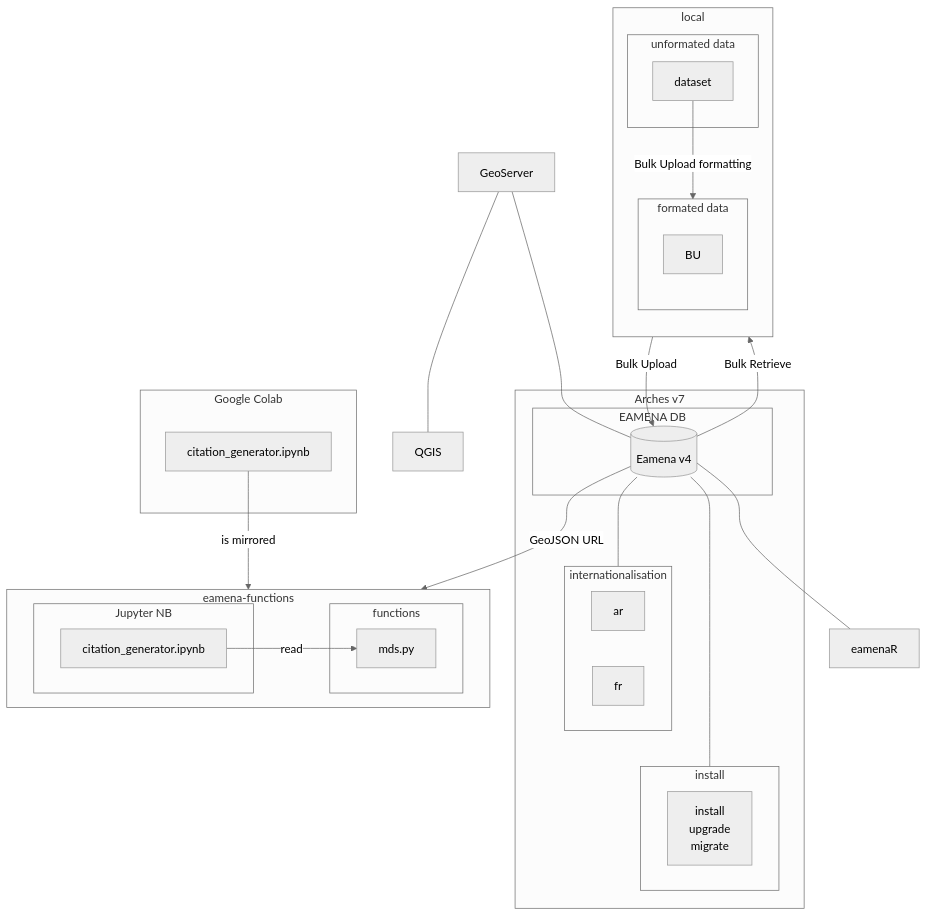
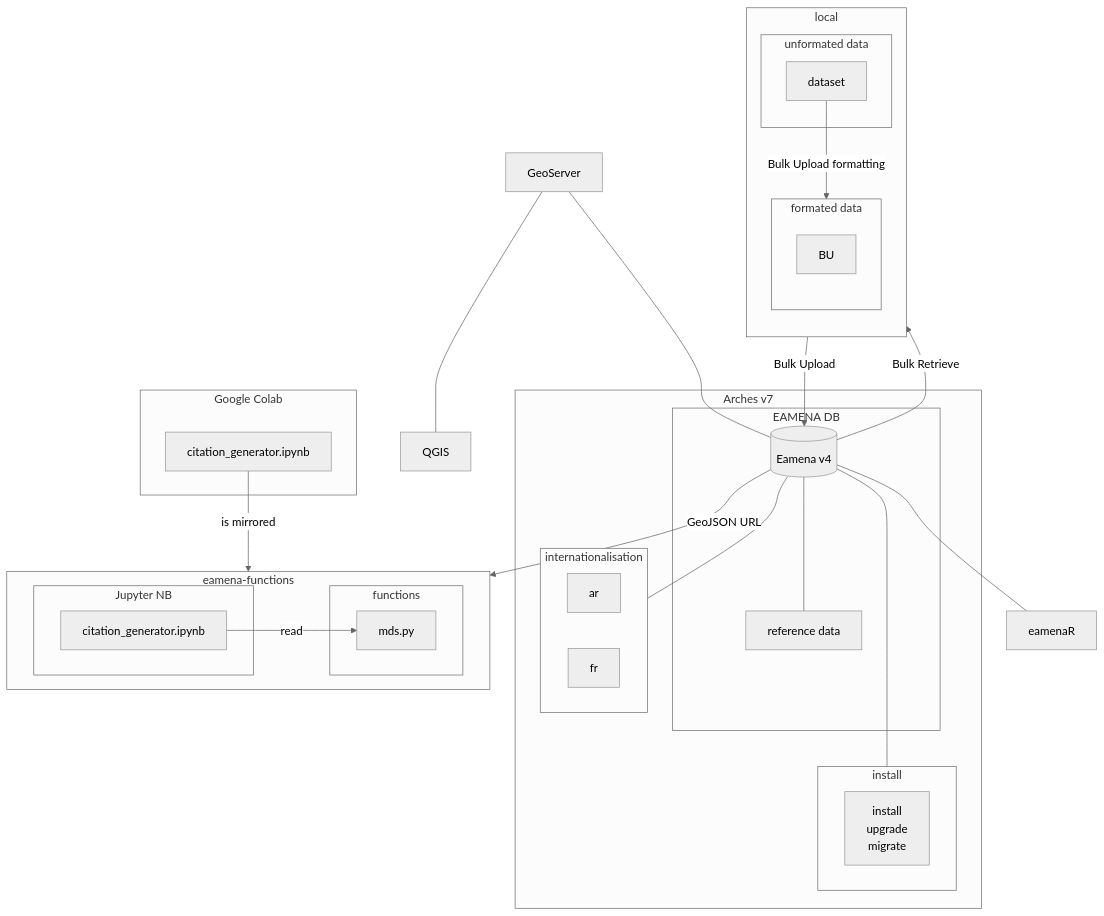
One commit to eamena-project/eamena-arches-dev changed the diagram in dbs/database.eamena/README.md. Above: the diagram before and after it, drawn with Mermaid (neutral theme).

````diff
--- a/dbs/database.eamena/README.md
+++ b/dbs/database.eamena/README.md
@@ -9,56 +9,58 @@
 ```mermaid
 flowchart
   subgraph Arches v7
     subgraph EAMENA DB
       ea[(Eamena v4)];
+      idr1[reference data];
+      ea --- idr1;
     end
     subgraph internationalisation
       id6[ar];
       id7[fr];
     end 
     subgraph install
       id8[install<br>upgrade<br>migrate];
     end 
   end
   id3[GeoServer] --- ea;
   id3 --- id4[QGIS];
   subgraph local
     direction TB
     subgraph unformated data
       id9A[dataset]
     end
     subgraph formated data
       direction TB
       id9A -- Bulk Upload formatting --> id9B[BU];
       id9B -- Bulk Upload --> ea;
       ea -- Bulk Retrieve --> id9B;
     end
   end
   subgraph eamena-functions
     direction LR
     subgraph functions
       idf1[mds.py]
     end
     subgraph Jupyter NB
       idf2[citation_generator.ipynb] -- read --> idf1
     end
   end
   subgraph Google Colab
     idg1[citation_generator.ipynb] -- is mirrored --> idf2
   end
   ea -- GeoJSON URL --> idf1
   ea --- id5[eamenaR];
   ea --- internationalisation
   ea <--- install
 
   click id6 "https://github.com/eamena-project/eamena-arches-dev/tree/main/dbs/database.eamena/internationalisation" _blank
   click id7 "https://github.com/eamena-project/eamena-arches-dev/tree/main/dbs/database.eamena/internationalisation" _blank
   click id8 "https://github.com/eamena-project/eamena-arches-dev/tree/main/dbs/database.eamena/install" _blank
   click id3 "https://github.com/eamena-project/eamena-arches-dev/tree/main/geoserver" _blank
   click id4 "https://github.com/eamena-project/eamena-arches-dev/tree/main/gis/qgis" _blank
   click idf1 "https://github.com/eamena-project/eamena-functions/blob/main/mds/mds.py" _blank
   click idf2 "https://github.com/eamena-project/eamena-arches-dev/blob/main/dev/citations/citation_generator.ipynb" _blank
   click idg1 "https://colab.research.google.com/github/eamena-project/eamena-arches-dev/blob/main/dev/citations/citation_generator.ipynb" _blank
   click id5 "https://github.com/eamena-project/eamenaR" _blank
   click id9B "https://github.com/eamena-project/eamena-arches-dev/tree/main/data/bulk#readme" _blank
 ```
````
